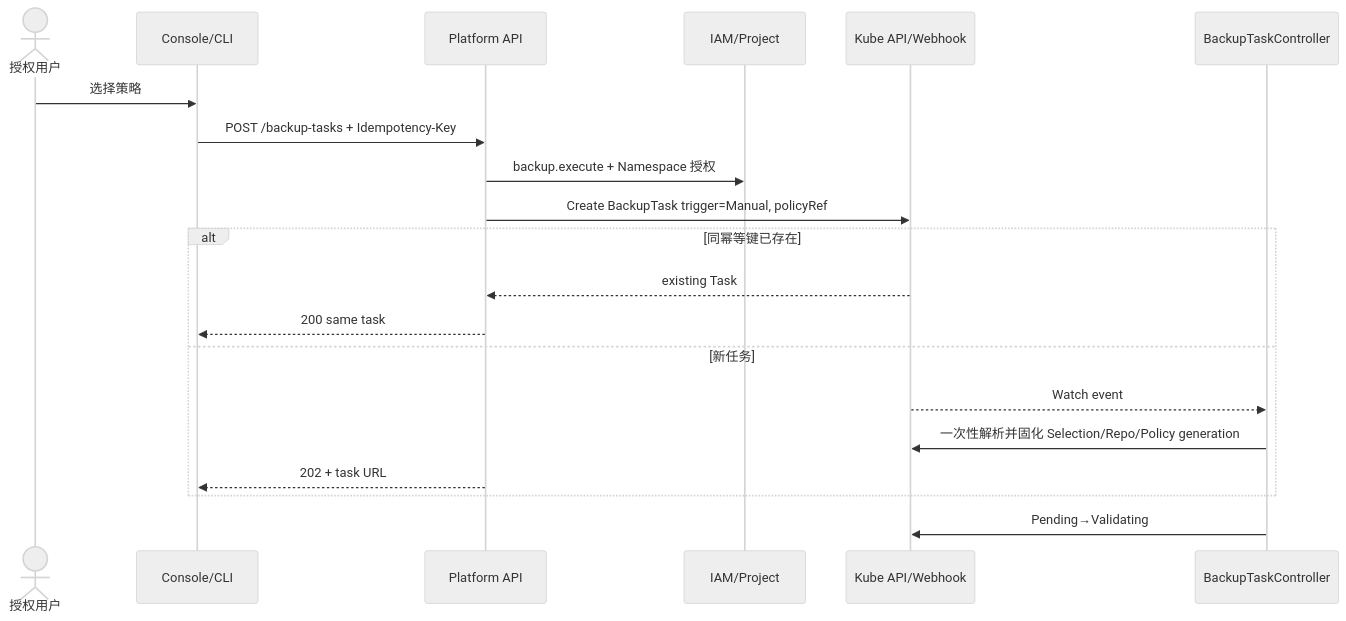
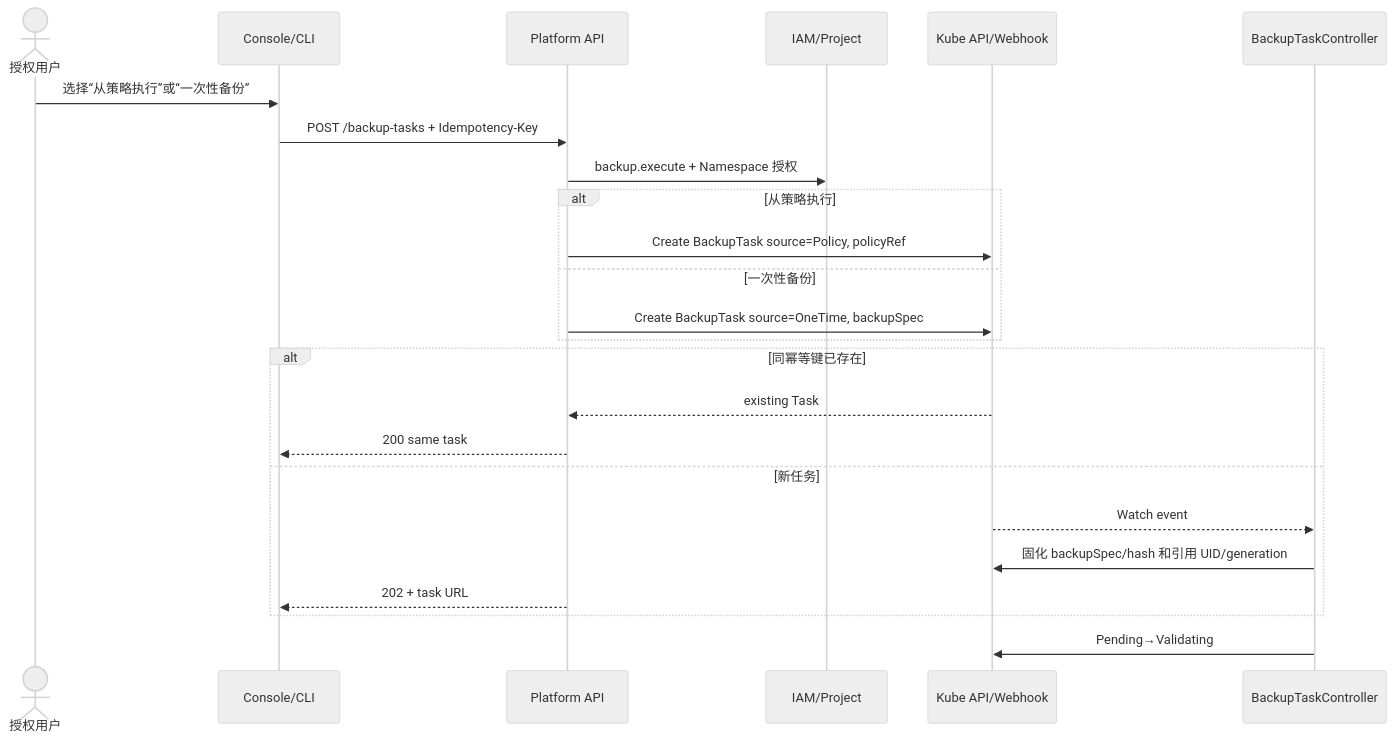
The fifth of 16 diagrams in docs/backup-restore/05-备份恢复流程设计.md (544129603/backup-restore), drawn with Mermaid (neutral theme) before and after one commit. The commit also changed other lines of this file and 12 other files, not shown here.

Commit message:
docs: document scheduled and one-time backup model

````diff
--- a/docs/backup-restore/05-备份恢复流程设计.md
+++ b/docs/backup-restore/05-备份恢复流程设计.md
@@ -129,22 +129,26 @@
 ```mermaid
 sequenceDiagram
   actor U as 授权用户
   participant UI as Console/CLI
   participant API as Platform API
   participant DIR as IAM/Project
   participant K as Kube API/Webhook
   participant BTC as BackupTaskController
-  U->>UI: 选择策略
+  U->>UI: 选择“从策略执行”或“一次性备份”
   UI->>API: POST /backup-tasks + Idempotency-Key
   API->>DIR: backup.execute + Namespace 授权
-  API->>K: Create BackupTask trigger=Manual, policyRef
+  alt 从策略执行
+    API->>K: Create BackupTask source=Policy, policyRef
+  else 一次性备份
+    API->>K: Create BackupTask source=OneTime, backupSpec
+  end
   alt 同幂等键已存在
     K-->>API: existing Task
     API-->>UI: 200 same task
   else 新任务
     K-->>BTC: Watch event
-    BTC->>K: 一次性解析并固化 Selection/Repo/Policy generation
+    BTC->>K: 固化 backupSpec/hash 和引用 UID/generation
     API-->>UI: 202 + task URL
   end
   BTC->>K: Pending→Validating
 ```
````
